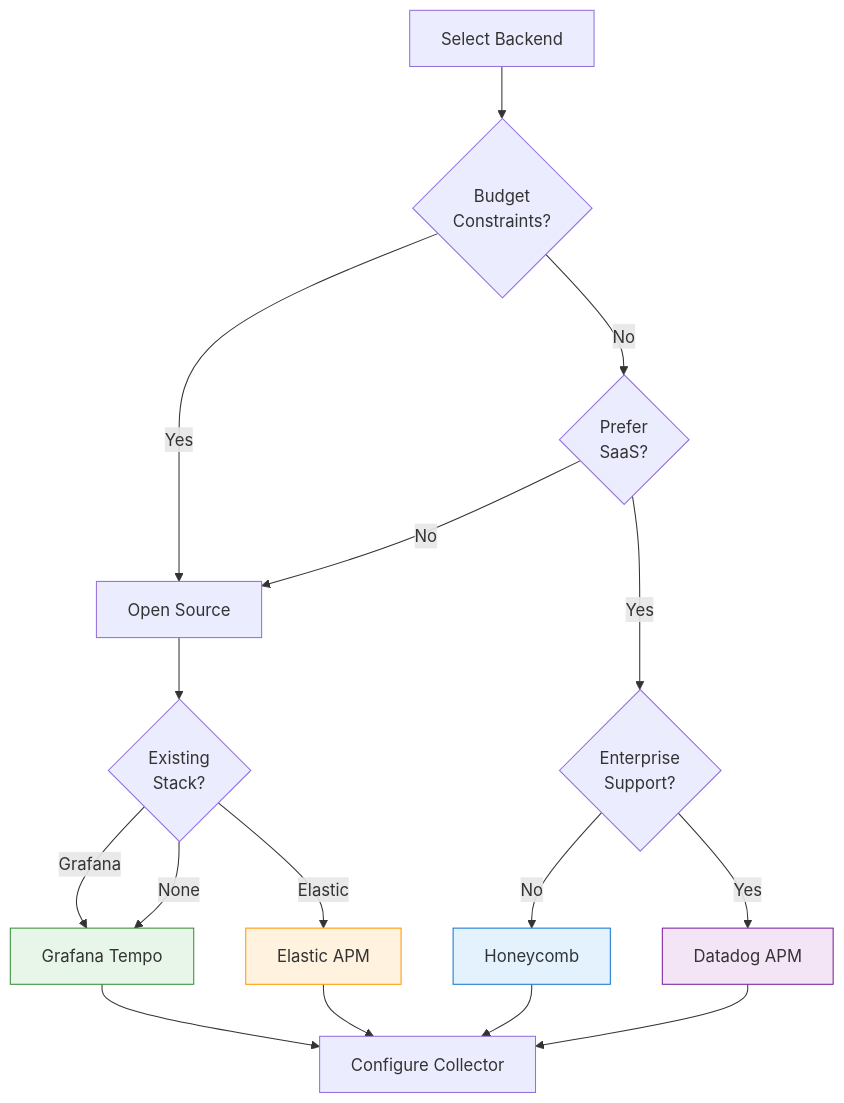
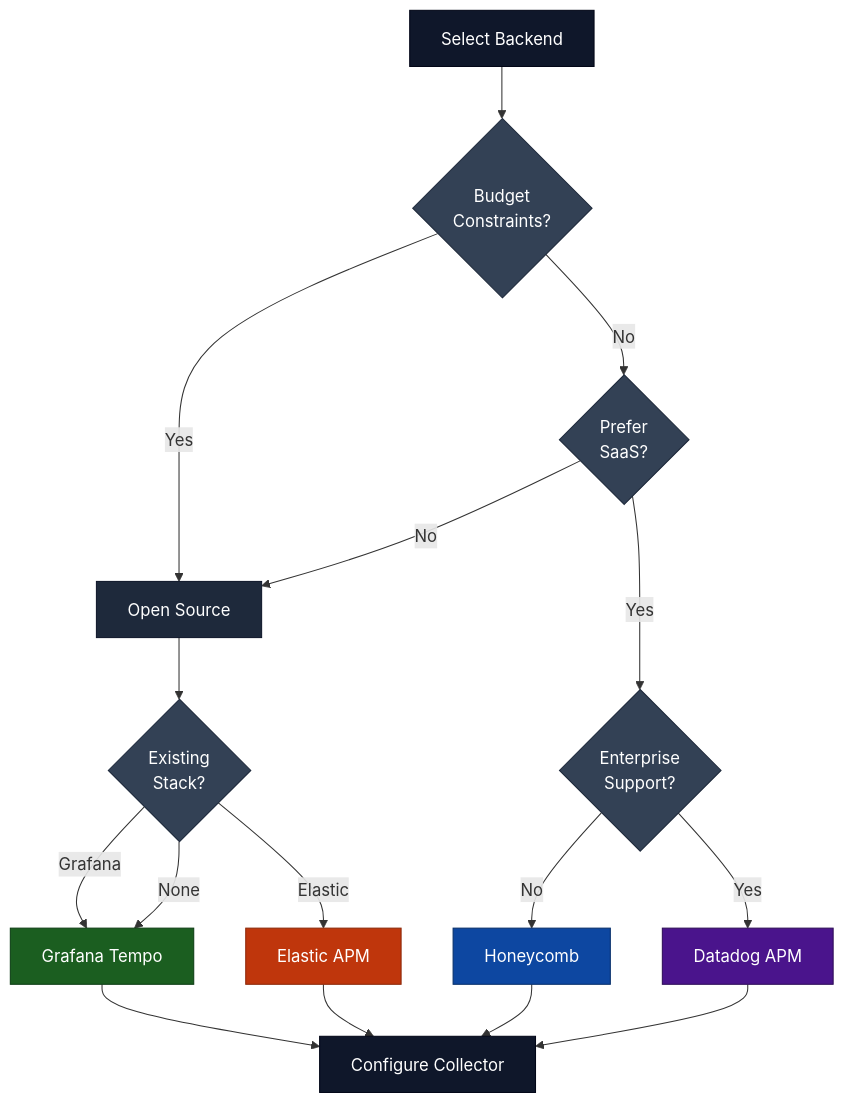
The first of 4 diagrams in OpenTelemetryPlan/07-observability-backends.md (XRPL-Node/rippled), drawn with Mermaid before and after one commit. The commit also changed other lines of this file and 8 other files, not shown here.

````diff
--- a/OpenTelemetryPlan/07-observability-backends.md
+++ b/OpenTelemetryPlan/07-observability-backends.md
@@ -40,28 +40,35 @@
 ```mermaid
 flowchart TD
     start[Select Backend] --> budget{Budget<br/>Constraints?}
 
     budget -->|Yes| oss[Open Source]
     budget -->|No| saas{Prefer<br/>SaaS?}
 
     oss --> existing{Existing<br/>Stack?}
     existing -->|Grafana| tempo[Grafana Tempo]
     existing -->|Elastic| elastic[Elastic APM]
     existing -->|None| tempo
 
     saas -->|Yes| enterprise{Enterprise<br/>Support?}
     saas -->|No| oss
 
     enterprise -->|Yes| datadog[Datadog APM]
     enterprise -->|No| honeycomb[Honeycomb]
 
     tempo --> final[Configure Collector]
     elastic --> final
     honeycomb --> final
     datadog --> final
 
-    style tempo fill:#e8f5e9,stroke:#388e3c
-    style elastic fill:#fff3e0,stroke:#ff9800
-    style honeycomb fill:#e3f2fd,stroke:#1976d2
-    style datadog fill:#f3e5f5,stroke:#7b1fa2
+    style start fill:#0f172a,stroke:#020617,color:#fff
+    style budget fill:#334155,stroke:#1e293b,color:#fff
+    style oss fill:#1e293b,stroke:#0f172a,color:#fff
+    style existing fill:#334155,stroke:#1e293b,color:#fff
+    style saas fill:#334155,stroke:#1e293b,color:#fff
+    style enterprise fill:#334155,stroke:#1e293b,color:#fff
+    style final fill:#0f172a,stroke:#020617,color:#fff
+    style tempo fill:#1b5e20,stroke:#0d3d14,color:#fff
+    style elastic fill:#bf360c,stroke:#8c2809,color:#fff
+    style honeycomb fill:#0d47a1,stroke:#082f6a,color:#fff
+    style datadog fill:#4a148c,stroke:#2e0d57,color:#fff
 ```
````
